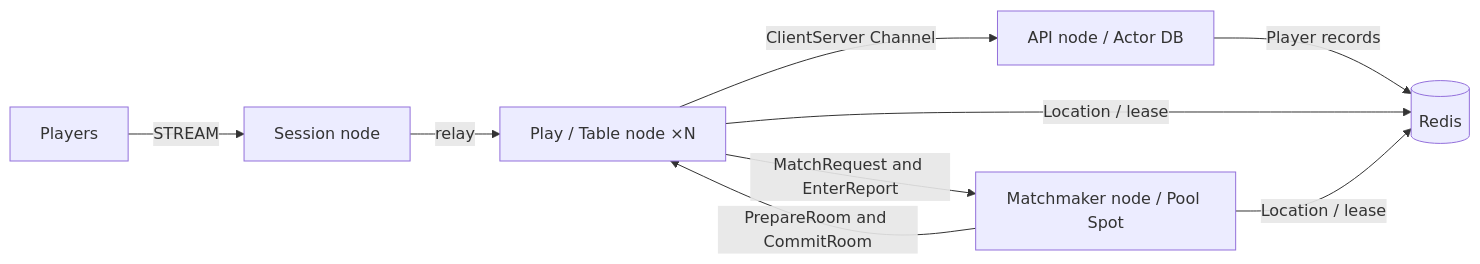
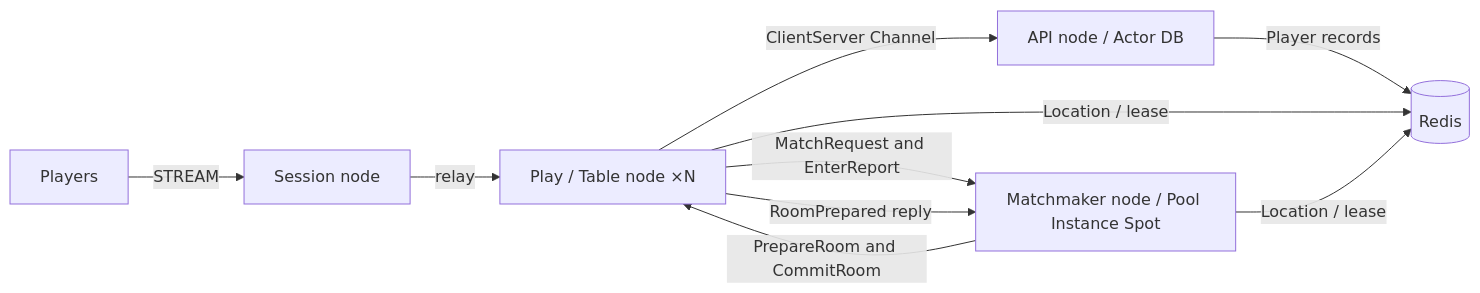
Before and after one commit to zlink-systems/zlink: the diagram in framework/languages/node/templates/board-tables/my-game/README.md, drawn with Mermaid. The commit also changed other lines of this file and 12 other files, not shown here.

Commit message:
feat(templates): Node board Pool을 Instance Spot으로, 방 준비 응답을 turn 밖에서 받아 RoomPrepared 메시지로 처리 (#5350)

````diff
--- a/framework/languages/node/templates/board-tables/my-game/README.md
+++ b/framework/languages/node/templates/board-tables/my-game/README.md
@@ -7,11 +7,12 @@
 ```mermaid
 flowchart LR
     players[Players] -->|STREAM| session[Session node]
     session -->|relay| table[Play / Table node ×N]
-    table -->|MatchRequest and EnterReport| matchmaker[Matchmaker node / Pool Spot]
+    table -->|MatchRequest and EnterReport| matchmaker[Matchmaker node / Pool Instance Spot]
     matchmaker -->|PrepareRoom and CommitRoom| table
+    table -->|RoomPrepared reply| matchmaker
     table -->|ClientServer Channel| api[API node / Actor DB]
     api -->|Player records| location[(Redis)]
     table -->|Location / lease| location
     matchmaker -->|Location / lease| location
 ```
````
